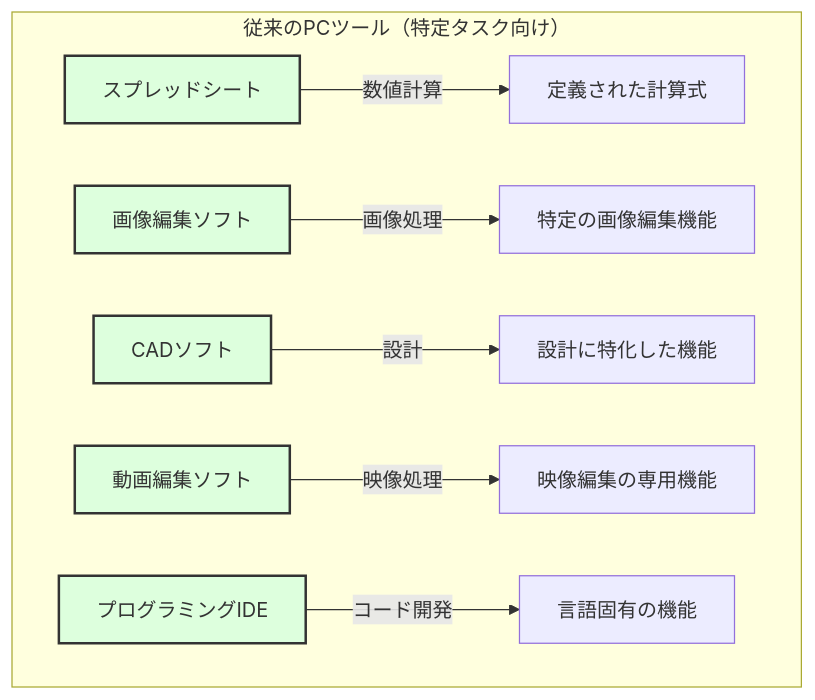
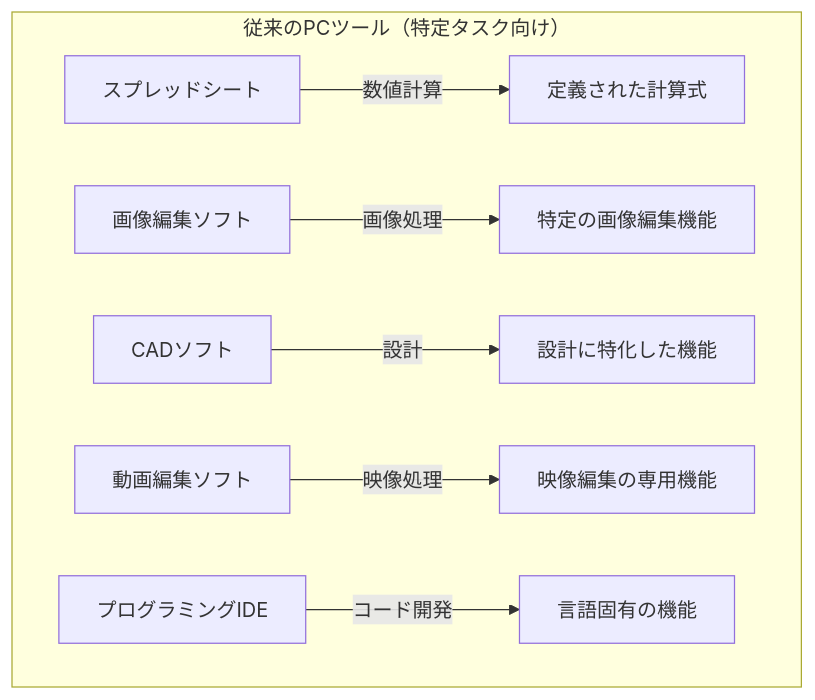
One commit to SparklingDetergent/doc_genai_Proposal_for_introducing_generative_AI_with_emphasis_on_safety changed the second of 14 diagrams in README.md. Above: the diagram before and after it, drawn with Mermaid. The commit also changed other lines of this file, not shown here.

````diff
--- a/README.md
+++ b/README.md
@@ -118,17 +118,12 @@
 ```mermaid
 flowchart TD
     subgraph "従来のPCツール（特定タスク向け）"
         A[スプレッドシート] -->|数値計算| A1[定義された計算式]
         B[画像編集ソフト] -->|画像処理| B1[特定の画像編集機能]
         C[CADソフト] -->|設計| C1[設計に特化した機能]
         D[動画編集ソフト] -->|映像処理| D1[映像編集の専用機能]
         E[プログラミングIDE] -->|コード開発| E1[言語固有の機能]
     end
     
-    style A fill:#dfd,stroke:#333,stroke-width:2px
-    style B fill:#dfd,stroke:#333,stroke-width:2px
-    style C fill:#dfd,stroke:#333,stroke-width:2px
-    style D fill:#dfd,stroke:#333,stroke-width:2px
-    style E fill:#dfd,stroke:#333,stroke-width:2px
 
 ```
````
